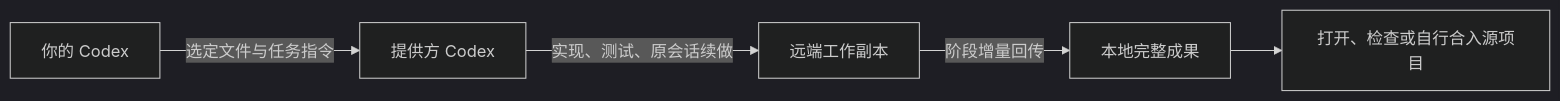
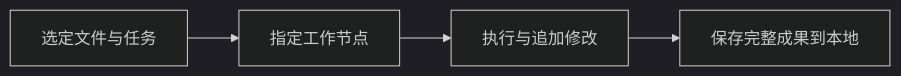
Before and after one commit to mekoand/sub2sub: the diagram in README.md, drawn with Mermaid (dark theme). The commit also changed other lines of this file and 1 other file, not shown here.

````diff
--- a/README.md
+++ b/README.md
@@ -60,7 +46,6 @@
 ```mermaid
 flowchart LR
-    A[你的 Codex] -->|选定文件与任务指令| B[提供方 Codex]
-    B -->|实现、测试、原会话续做| C[远端工作副本]
-    C -->|阶段增量回传| D[本地完整成果]
-    D --> E[打开、检查或自行合入源项目]
+    A[选定文件与任务] --> B[指定工作节点]
+    B --> C[执行与追加修改]
+    C --> D[保存完整成果到本地]
 ```
````
